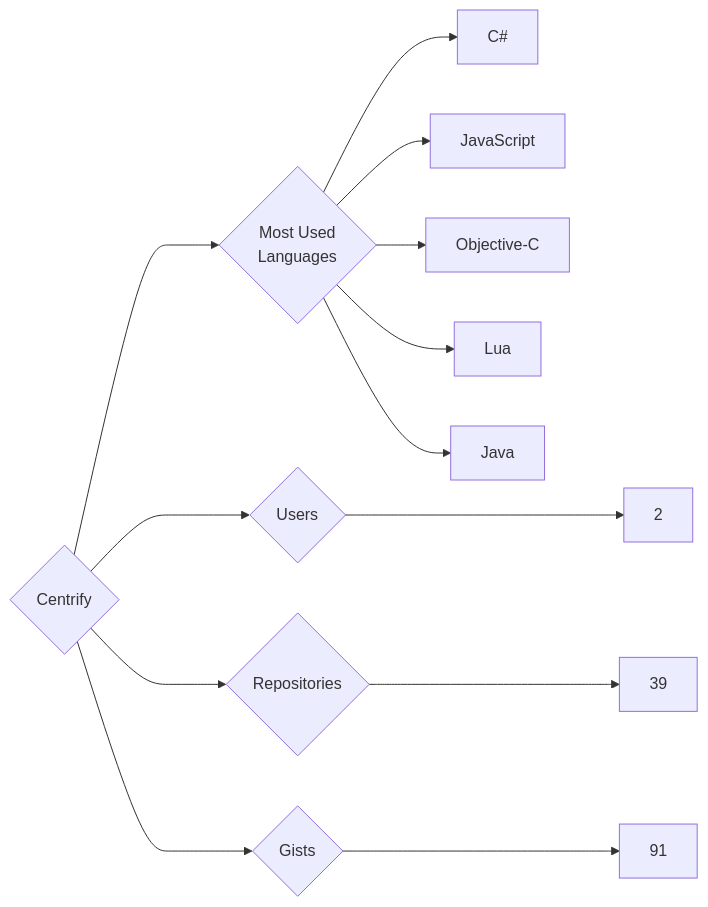
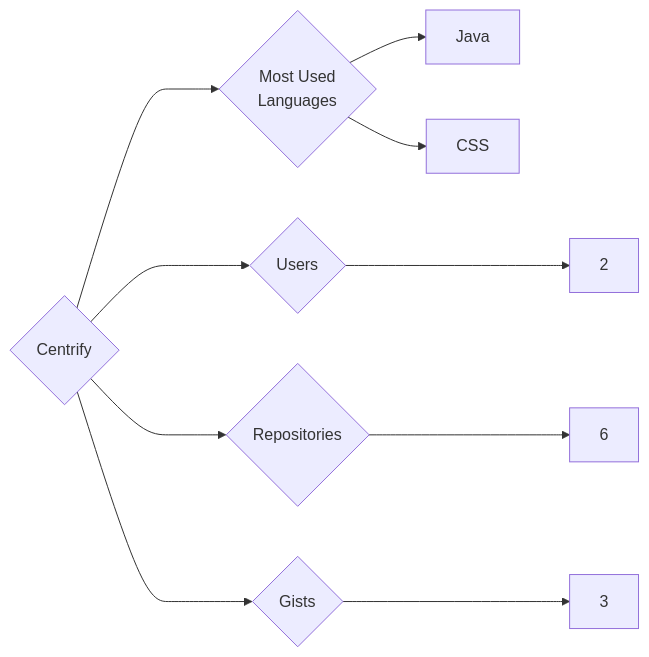
The diagram in targets/Centrify/README.md (trickest/insiders), drawn with Mermaid before and after one commit. The commit also changed 847 other files, not shown here.

````diff
--- a/targets/Centrify/README.md
+++ b/targets/Centrify/README.md
@@ -3,13 +3,10 @@
 ```mermaid
 graph LR
 COMPANY_NAME{Centrify}
 COMPANY_NAME ---> U{Users} ---> UN[2]
-COMPANY_NAME ---> R{Repositories} ---> RN[39]
-COMPANY_NAME ---> G{Gists} ---> GN[91]
+COMPANY_NAME ---> R{Repositories} ---> RN[6]
+COMPANY_NAME ---> G{Gists} ---> GN[3]
 COMPANY_NAME ---> ML{Most Used<br>Languages}
-ML --> C#[C#]
-ML --> JavaScript[JavaScript]
-ML --> Objective-C[Objective-C]
-ML --> Lua[Lua]
 ML --> Java[Java]
+ML --> CSS[CSS]
 ```
````
